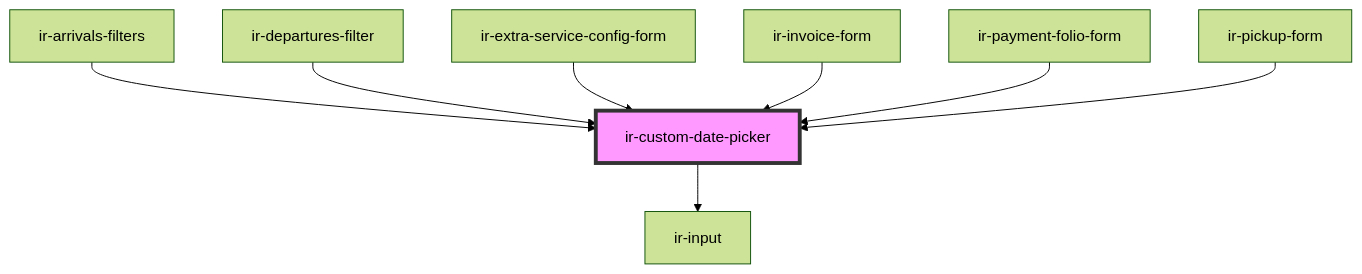
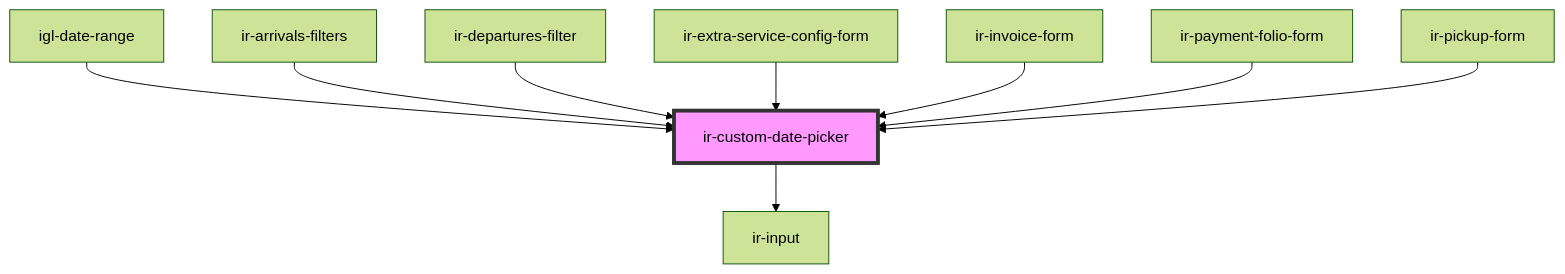
The diagram in src/components/ir-custom-date-picker/readme.md (David1Chowaifaty/modified-ir-webcmp), drawn with Mermaid (forest theme) before and after one commit. The commit also changed other lines of this file and 19 other files, not shown here.

Commit message:
Comment out the renderDateSummary method in IglDateRange component to disable date summary rendering temporarily. This change is part of ongoing refactoring efforts for improved date management.

````diff
--- a/src/components/ir-custom-date-picker/readme.md
+++ b/src/components/ir-custom-date-picker/readme.md
@@ -82,11 +84,12 @@
 ```mermaid
 graph TD;
   ir-custom-date-picker --> ir-input
+  igl-date-range --> ir-custom-date-picker
   ir-arrivals-filters --> ir-custom-date-picker
   ir-departures-filter --> ir-custom-date-picker
   ir-extra-service-config-form --> ir-custom-date-picker
   ir-invoice-form --> ir-custom-date-picker
   ir-payment-folio-form --> ir-custom-date-picker
   ir-pickup-form --> ir-custom-date-picker
   style ir-custom-date-picker fill:#f9f,stroke:#333,stroke-width:4px
 ```
````
